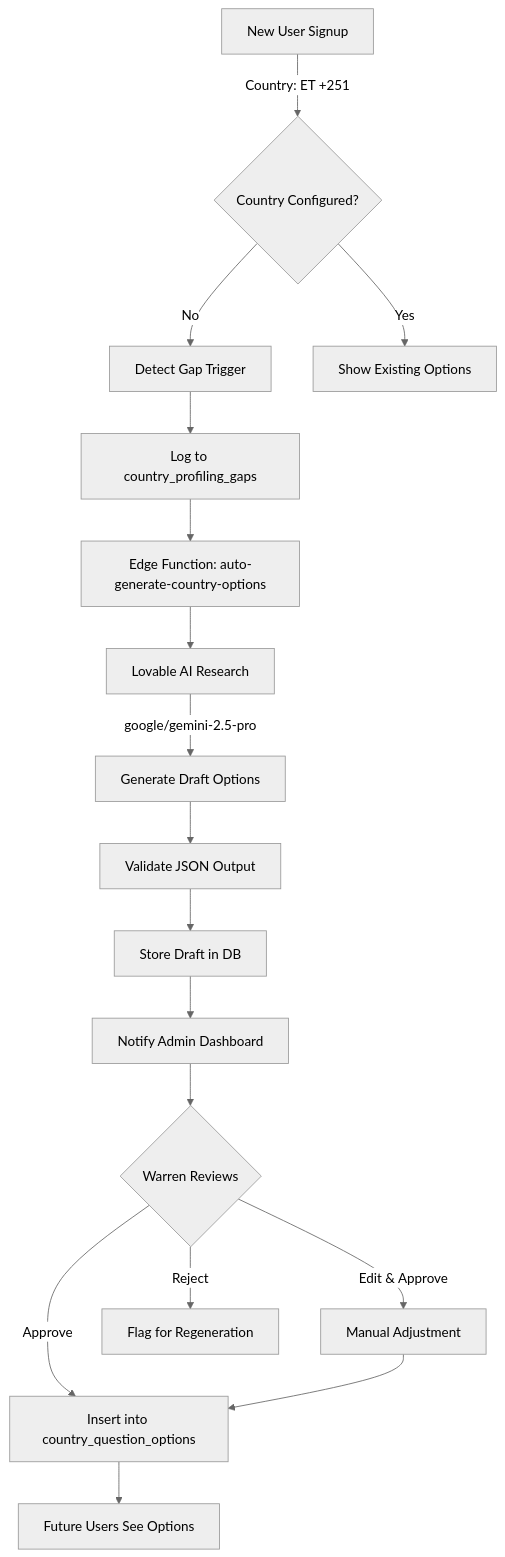
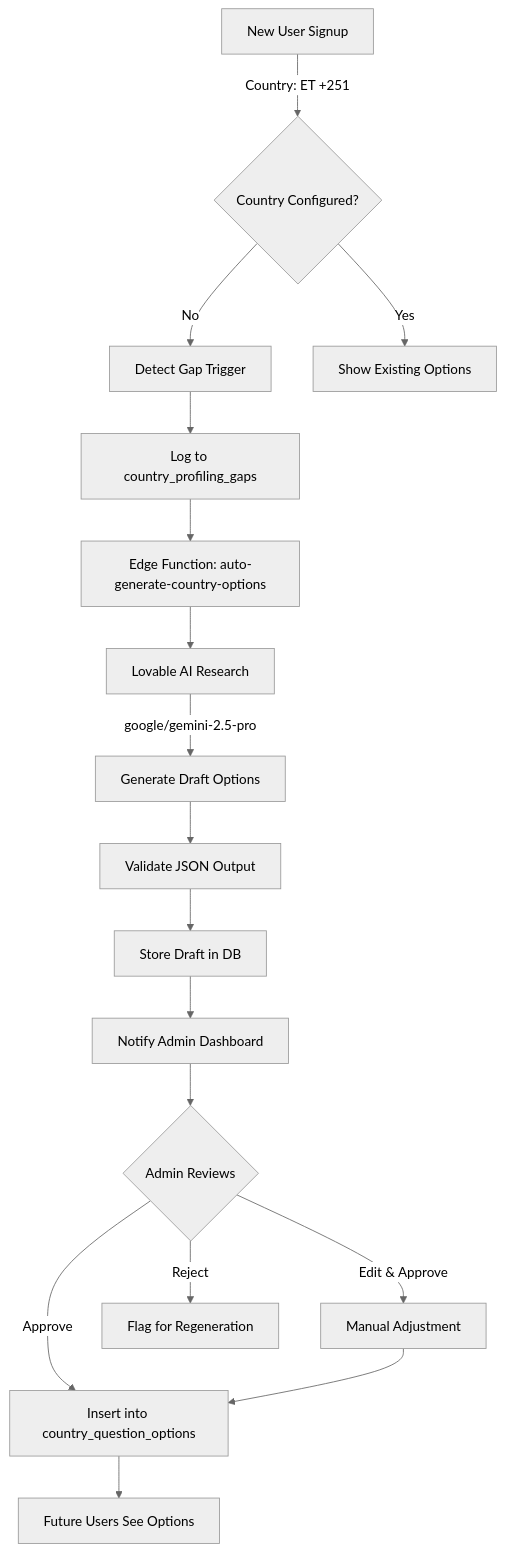
The diagram in docs/PROFILING/AUTO_SCALING_SYSTEM.md (looplly-dev/looplly-me-master), drawn with Mermaid (neutral theme) before and after one commit. The commit also changed other lines of this file and 2 other files, not shown here.

````diff
--- a/docs/PROFILING/AUTO_SCALING_SYSTEM.md
+++ b/docs/PROFILING/AUTO_SCALING_SYSTEM.md
@@ -17,19 +17,19 @@
 ```mermaid
 graph TD
     A[New User Signup] -->|Country: ET +251| B{Country Configured?}
     B -->|No| C[Detect Gap Trigger]
     B -->|Yes| D[Show Existing Options]
     C --> E[Log to country_profiling_gaps]
     E --> F[Edge Function: auto-generate-country-options]
     F --> G[Lovable AI Research]
     G -->|google/gemini-2.5-pro| H[Generate Draft Options]
     H --> I[Validate JSON Output]
     I --> J[Store Draft in DB]
     J --> K[Notify Admin Dashboard]
-    K --> L{Warren Reviews}
+    K --> L{Admin Reviews}
     L -->|Approve| M[Insert into country_question_options]
     L -->|Edit & Approve| N[Manual Adjustment]
     L -->|Reject| O[Flag for Regeneration]
     N --> M
     M --> P[Future Users See Options]
 ```
````
